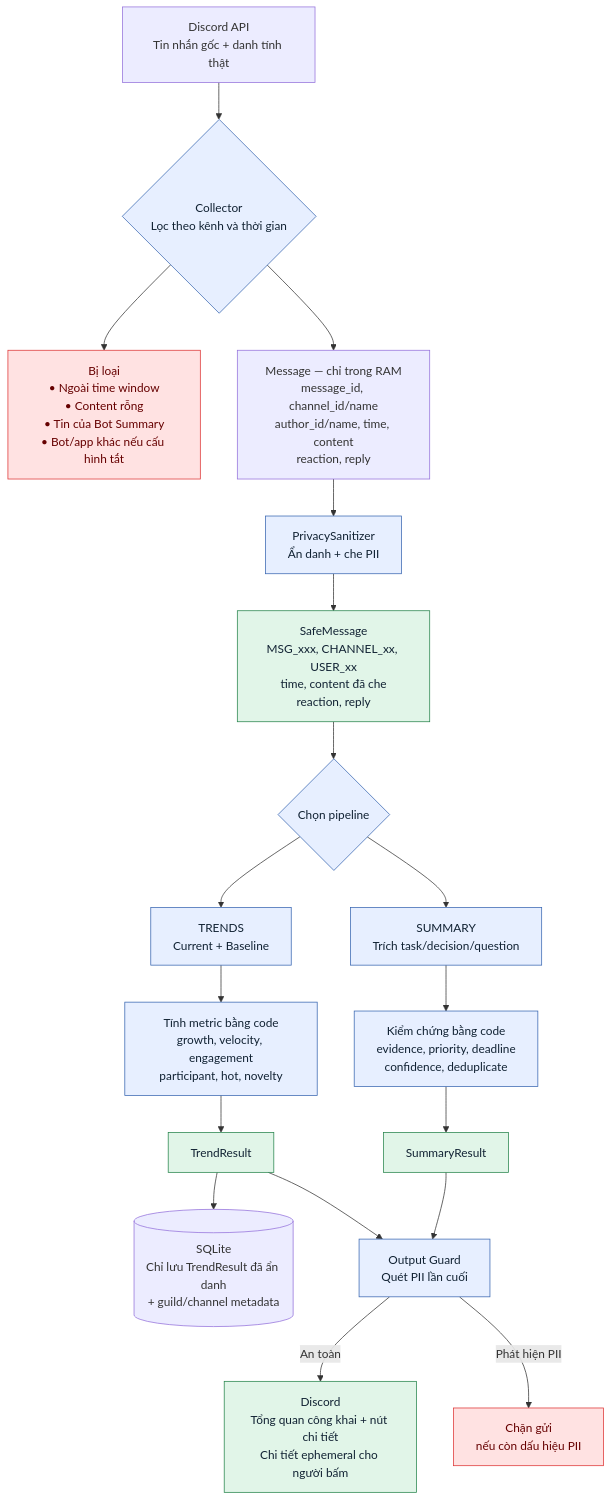
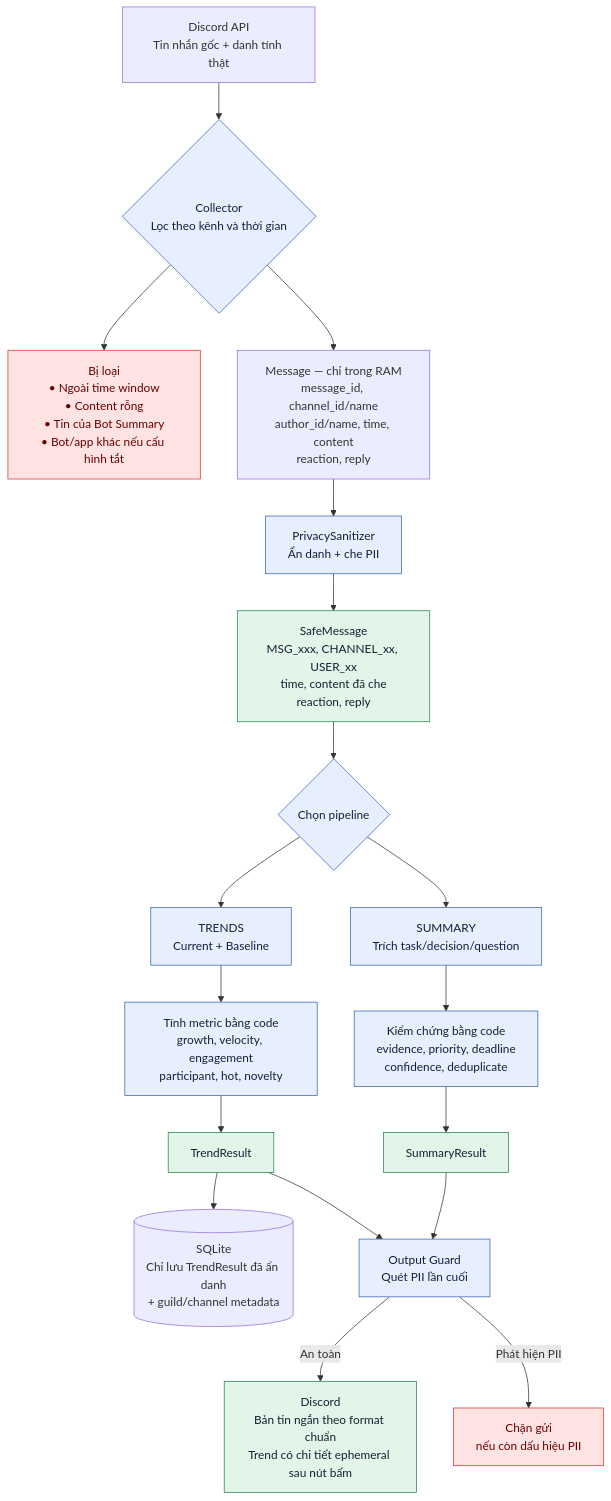
The first of 4 diagrams in codebase/bot-discord/bot_summary/DATA_FLOW.md (ChauTungDuong/K4-3B-E403-AGI), drawn with Mermaid before and after one commit. The commit also changed other lines of this file and 4 other files, not shown here.

````diff
--- a/codebase/bot-discord/bot_summary/DATA_FLOW.md
+++ b/codebase/bot-discord/bot_summary/DATA_FLOW.md
@@ -7,42 +7,42 @@
 ```mermaid
 flowchart TD
     A["Discord API<br/>Tin nhắn gốc + danh tính thật"]
     B{"Collector<br/>Lọc theo kênh và thời gian"}
     DROP["Bị loại<br/>• Ngoài time window<br/>• Content rỗng<br/>• Tin của Bot Summary<br/>• Bot/app khác nếu cấu hình tắt"]
     RAW["Message — chỉ trong RAM<br/>message_id, channel_id/name<br/>author_id/name, time, content<br/>reaction, reply"]
     P["PrivacySanitizer<br/>Ẩn danh + che PII"]
     SAFE["SafeMessage<br/>MSG_xxx, CHANNEL_xx, USER_xx<br/>time, content đã che<br/>reaction, reply"]
     S{"Chọn pipeline"}
     SUM["SUMMARY<br/>Trích task/decision/question"]
     TREND["TRENDS<br/>Current + Baseline"]
     SV["Kiểm chứng bằng code<br/>evidence, priority, deadline<br/>confidence, deduplicate"]
     TV["Tính metric bằng code<br/>growth, velocity, engagement<br/>participant, hot, novelty"]
     SR["SummaryResult"]
     TR["TrendResult"]
     DB[("SQLite<br/>Chỉ lưu TrendResult đã ẩn danh<br/>+ guild/channel metadata")]
     OG["Output Guard<br/>Quét PII lần cuối"]
-    OUT["Discord<br/>Tổng quan công khai + nút chi tiết<br/>Chi tiết ephemeral cho người bấm"]
+    OUT["Discord<br/>Bản tin ngắn theo format chuẩn<br/>Trend có chi tiết ephemeral sau nút bấm"]
     BLOCK["Chặn gửi<br/>nếu còn dấu hiệu PII"]
 
     A --> B
     B --> DROP
     B --> RAW
     RAW --> P
     P --> SAFE
     SAFE --> S
     S --> SUM
     S --> TREND
     SUM --> SV --> SR --> OG
     TREND --> TV --> TR
     TR --> DB
     TR --> OG
     OG -->|An toàn| OUT
     OG -->|Phát hiện PII| BLOCK
 
     classDef danger fill:#ffe2e2,stroke:#d33,color:#600;
     classDef safe fill:#e1f5e8,stroke:#25834b,color:#123;
     classDef process fill:#e7efff,stroke:#3765b0,color:#123;
     class DROP,BLOCK danger;
     class SAFE,SR,TR,OUT safe;
     class B,P,S,SUM,TREND,SV,TV,OG process;
 ```
````
